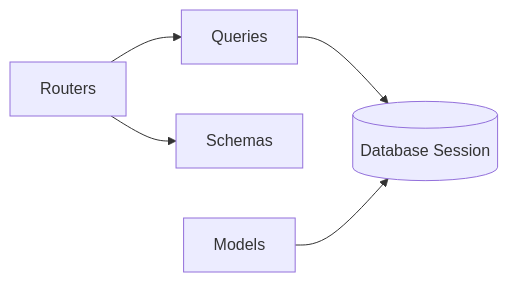
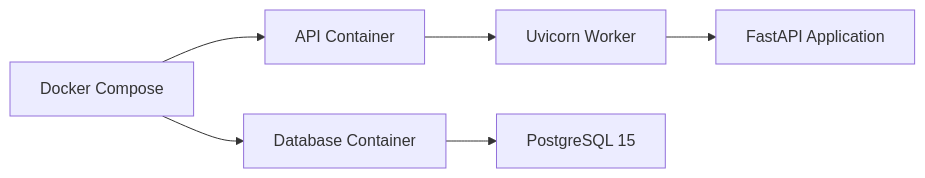
The fourth of 4 diagrams in ohlcv_service/README.md (JohnDoeShallLive/tradex-candle-service), drawn with Mermaid before and after one commit. The commit also changed other lines of this file, not shown here.

````diff
--- a/ohlcv_service/README.md
+++ b/ohlcv_service/README.md
@@ -105,7 +83,8 @@
 ```mermaid
 graph LR
-    R[Routers] --> Q[Queries]
-    R --> S[Schemas]
-    Q --> DB[(Database Session)]
-    M[Models] --> DB
+    A[Docker Compose] --> B[Database Container]
+    A --> C[API Container]
+    C --> D[Uvicorn Worker]
+    D --> E[FastAPI Application]
+    B --> F[PostgreSQL 15]
 ```
````
